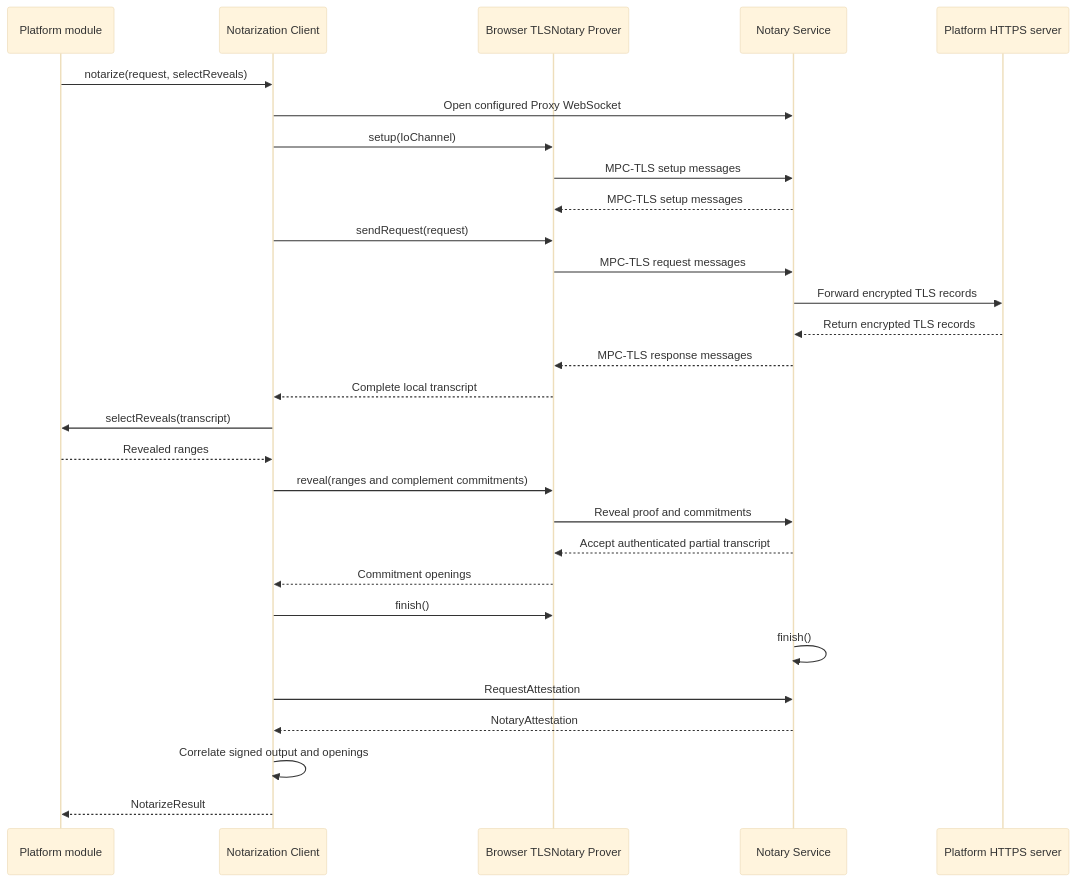
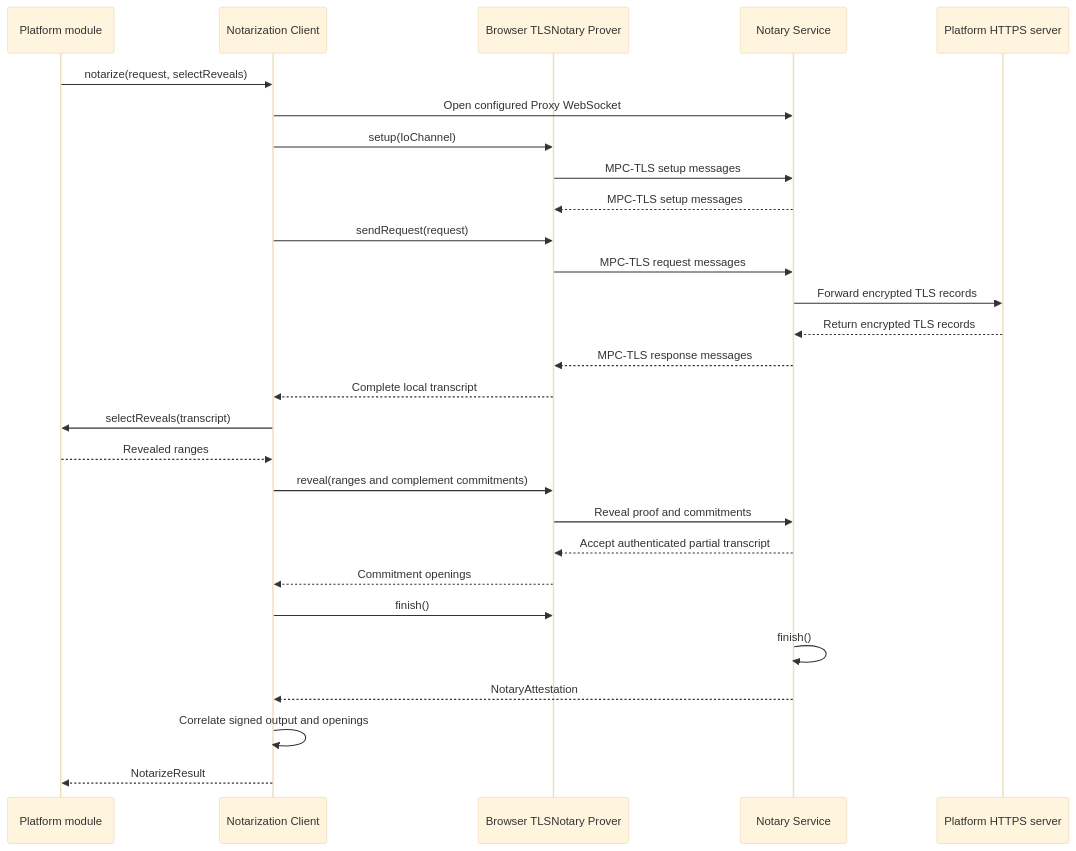
One commit to libid-org/libid changed the diagram in ts/packages/ceremony/NOTARIZATION.md. Above: the diagram before and after it, drawn with Mermaid (base theme). The commit also changed other lines of this file and 1 other file, not shown here.

Commit message:
docs(ceremony): pin attestation decoding contract

````diff
--- a/ts/packages/ceremony/NOTARIZATION.md
+++ b/ts/packages/ceremony/NOTARIZATION.md
@@ -95,32 +184,31 @@
 ```mermaid
 sequenceDiagram
     participant M as Platform module
     participant T as Notarization Client
     participant W as Browser TLSNotary Prover
     participant N as Notary Service
     participant P as Platform HTTPS server
 
     M->>T: notarize(request, selectReveals)
     T->>N: Open configured Proxy WebSocket
     T->>W: setup(IoChannel)
     W->>N: MPC-TLS setup messages
     N-->>W: MPC-TLS setup messages
     T->>W: sendRequest(request)
     W->>N: MPC-TLS request messages
     N->>P: Forward encrypted TLS records
     P-->>N: Return encrypted TLS records
     N-->>W: MPC-TLS response messages
     W-->>T: Complete local transcript
     T->>M: selectReveals(transcript)
     M-->>T: Revealed ranges
     T->>W: reveal(ranges and complement commitments)
     W->>N: Reveal proof and commitments
     N-->>W: Accept authenticated partial transcript
     W-->>T: Commitment openings
     T->>W: finish()
     N->>N: finish()
-    T->>N: RequestAttestation
     N-->>T: NotaryAttestation
     T->>T: Correlate signed output and openings
     T-->>M: NotarizeResult
 ```
````
